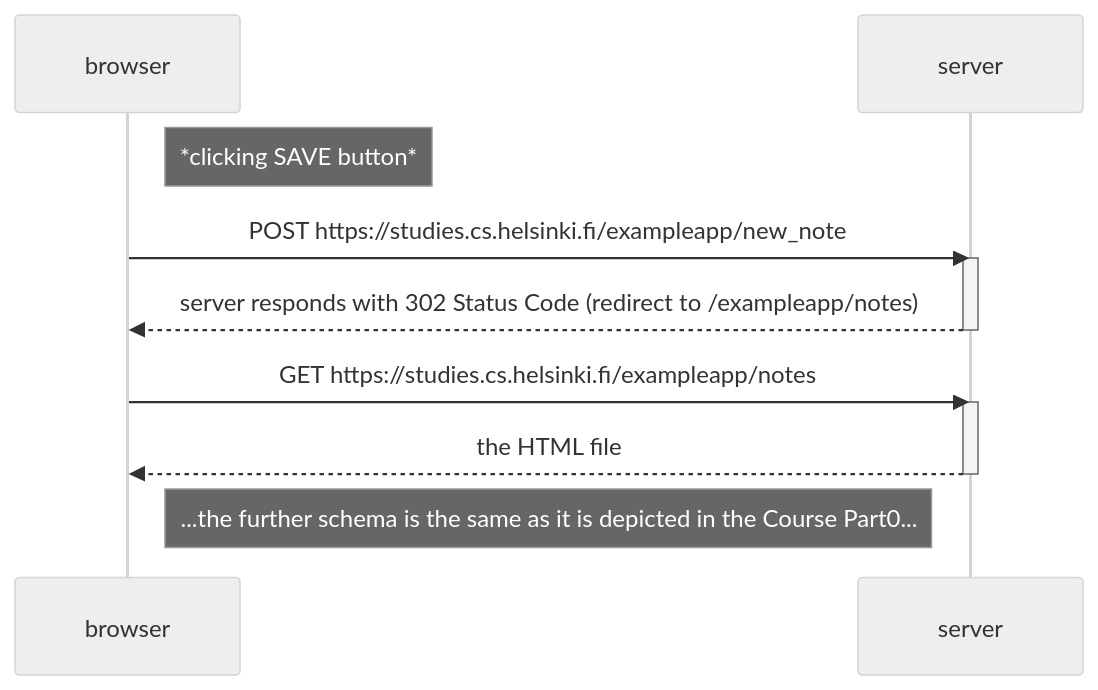
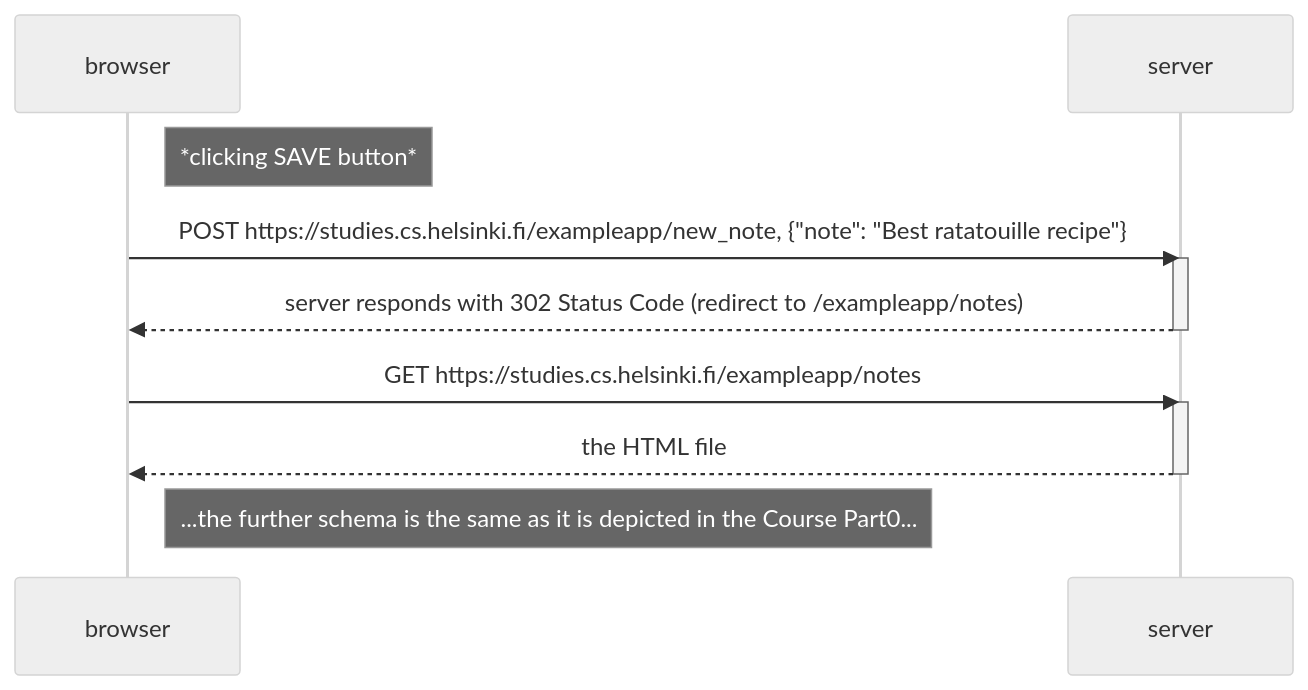
Before and after one commit to dlugash/fullStackOpen-exercises: the diagram in p0/4_new_note_diagram.md, drawn with Mermaid (neutral theme).

Commit message:
edited schema -- added params for the POST method

````diff
--- a/p0/4_new_note_diagram.md
+++ b/p0/4_new_note_diagram.md
@@ -1,21 +1,21 @@
 ```mermaid
 sequenceDiagram
     participant browser
     participant server
 
     Note right of browser:*clicking SAVE button*
-    browser->>server: POST https://studies.cs.helsinki.fi/exampleapp/new_note
+    browser->>server: POST https://studies.cs.helsinki.fi/exampleapp/new_note, {"note": "Best ratatouille recipe"}
     activate server
     server-->>browser: server responds with 302 Status Code (redirect to /exampleapp/notes)
     deactivate server
 
     browser->>server: GET https://studies.cs.helsinki.fi/exampleapp/notes
 
 
     activate server
     server-->>browser: the HTML file
     deactivate server
 
 
     Note right of browser: ...the further schema is the same as it is depicted in the Course Part0...
 ```
````
